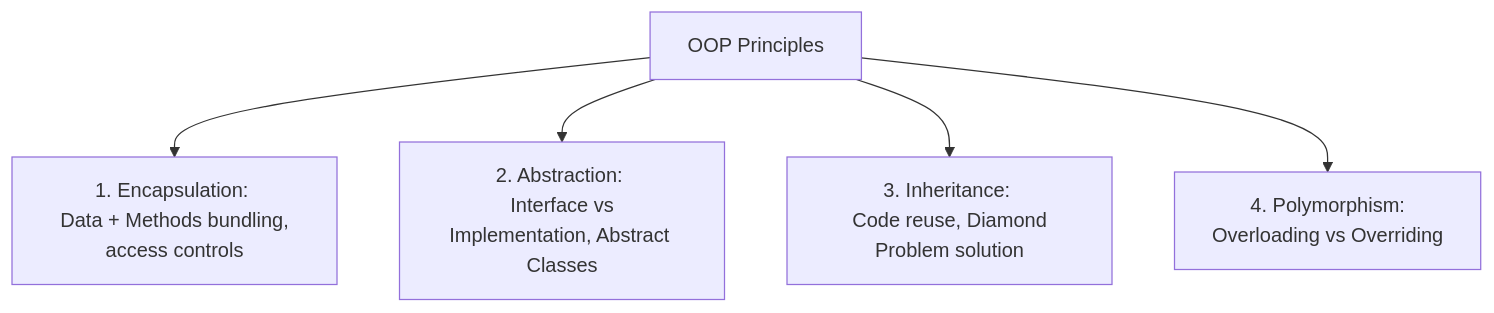
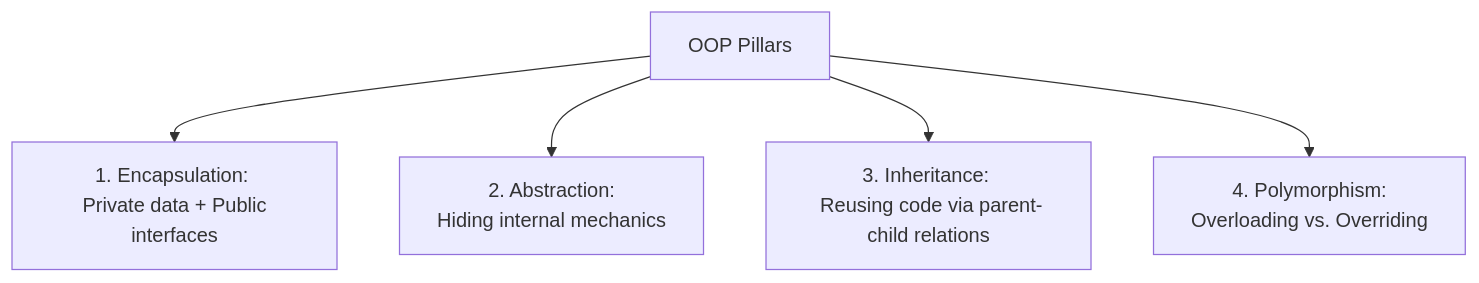
One commit to Sumitraj28/combinatorial_Studies changed the diagram in Unit_4_Programming_Languages/notes.md. Above: the diagram before and after it, drawn with Mermaid. The commit also changed other lines of this file and 7 other files, not shown here.

````diff
--- a/Unit_4_Programming_Languages/notes.md
+++ b/Unit_4_Programming_Languages/notes.md
@@ -58,7 +102,7 @@
 ```mermaid
 graph TD
-    OOP[OOP Principles] --> Encapsulation[1. Encapsulation: <br> Data + Methods bundling, access controls]
-    OOP --> Abstraction[2. Abstraction: <br> Interface vs Implementation, Abstract Classes]
-    OOP --> Inheritance[3. Inheritance: <br> Code reuse, Diamond Problem solution]
-    OOP --> Polymorphism[4. Polymorphism: <br> Overloading vs Overriding]
+    OOP[OOP Pillars] --> Encapsulation[1. Encapsulation: <br> Private data + Public interfaces]
+    OOP --> Abstraction[2. Abstraction: <br> Hiding internal mechanics]
+    OOP --> Inheritance[3. Inheritance: <br> Reusing code via parent-child relations]
+    OOP --> Polymorphism[4. Polymorphism: <br> Overloading vs. Overriding]
 ```
````
